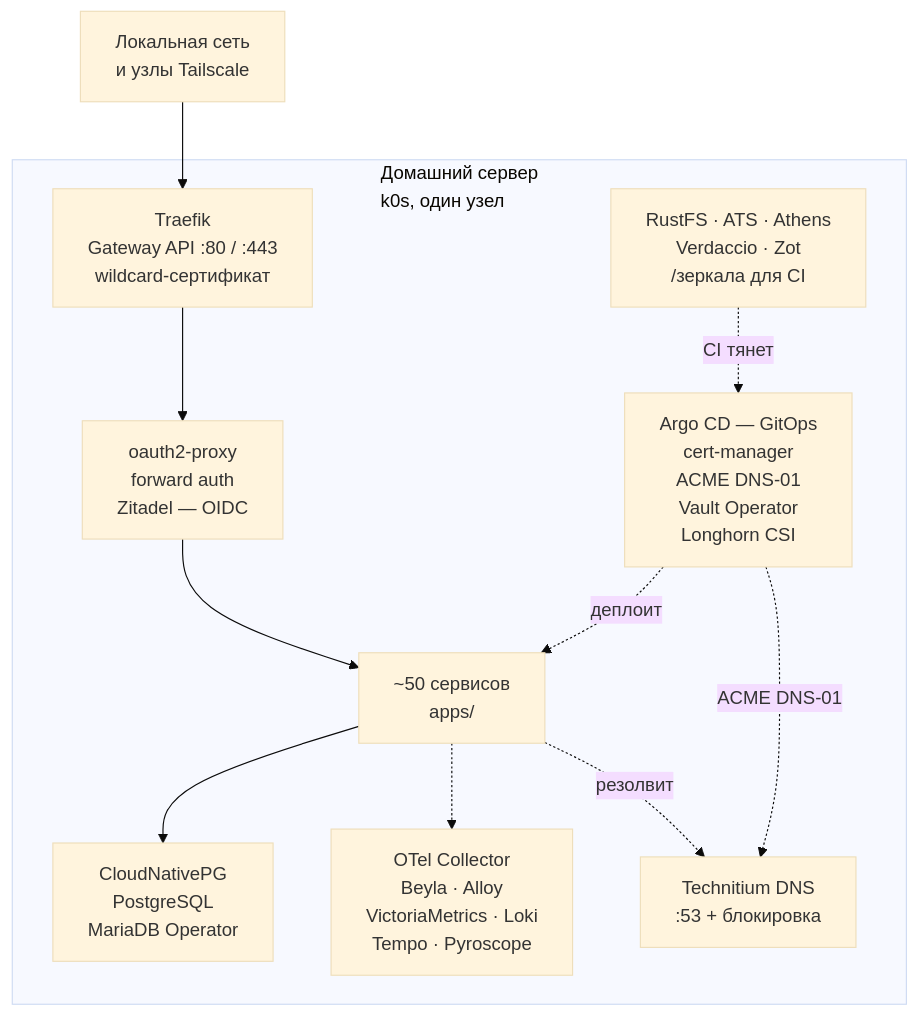
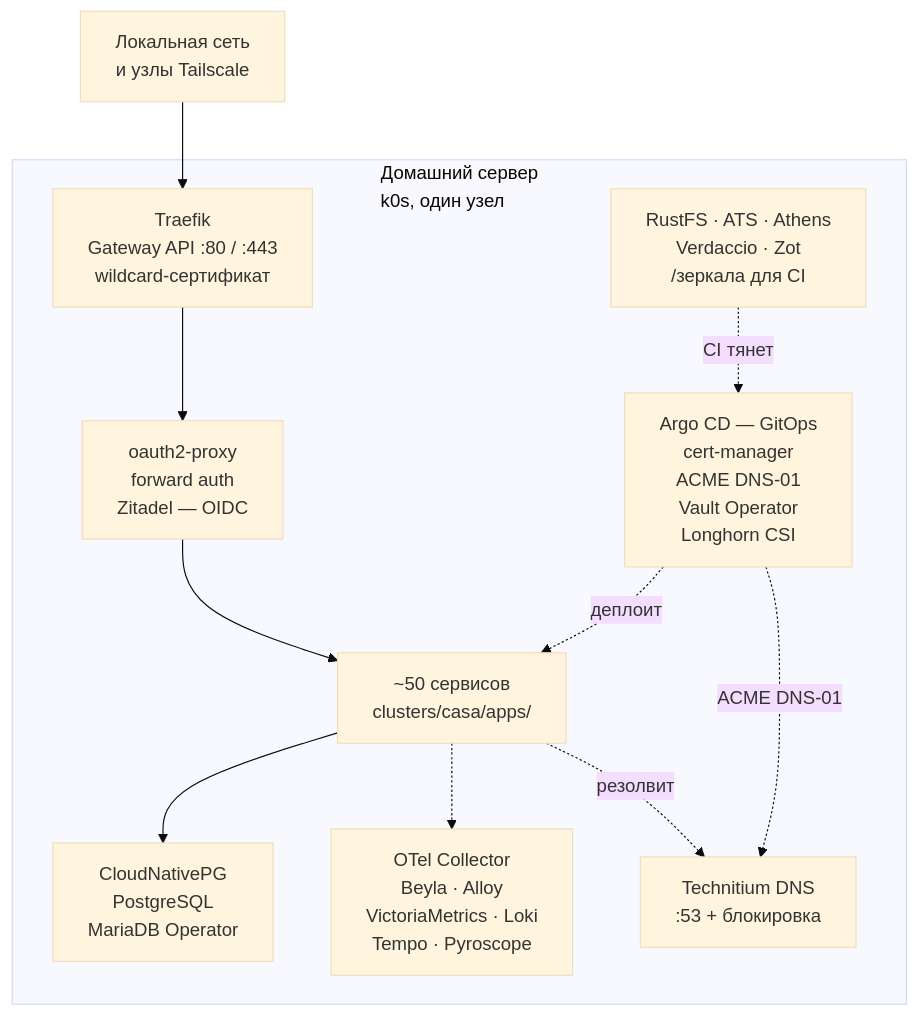
One commit to Artemiy111/homelab changed the diagram in README.ru.md. Above: the diagram before and after it, drawn with Mermaid (base theme). The commit also changed other lines of this file and 861 other files, not shown here.

Commit message:
refactor(clusters): move apps and platform under clusters/casa (#911)

````diff
--- a/README.ru.md
+++ b/README.ru.md
@@ -32,25 +32,25 @@
 ```mermaid
 flowchart TB
     CLIENTS["Локальная сеть<br/>и узлы Tailscale"]
 
     subgraph host["Домашний сервер<br/>k0s, один узел"]
         EDGE["Traefik<br/>Gateway API :80 / :443<br/>wildcard-сертификат"]
         AUTH["oauth2-proxy<br/>forward auth<br/>Zitadel — OIDC"]
-        APPS["~50 сервисов<br/>apps/"]
+        APPS["~50 сервисов<br/>clusters/casa/apps/"]
         OPS["Argo CD — GitOps<br/>cert-manager<br/>ACME DNS-01<br/>Vault Operator<br/>Longhorn CSI"]
         DATA["CloudNativePG<br/>PostgreSQL<br/>MariaDB Operator"]
         OBS["OTel Collector<br/>Beyla · Alloy<br/>VictoriaMetrics · Loki<br/>Tempo · Pyroscope"]
         CACHE["RustFS · ATS · Athens<br/>Verdaccio · Zot<br>/зеркала для CI"]
         DNS["Technitium DNS<br/>:53 + блокировка"]
     end
 
     CLIENTS --> EDGE
     EDGE --> AUTH
     AUTH --> APPS
     CACHE -.->|CI тянет| OPS
     OPS -.->|деплоит| APPS
     OPS -.->|ACME DNS-01| DNS
     APPS --> DATA
     APPS -.-> OBS
     APPS -.->|резолвит| DNS
 ```
````
